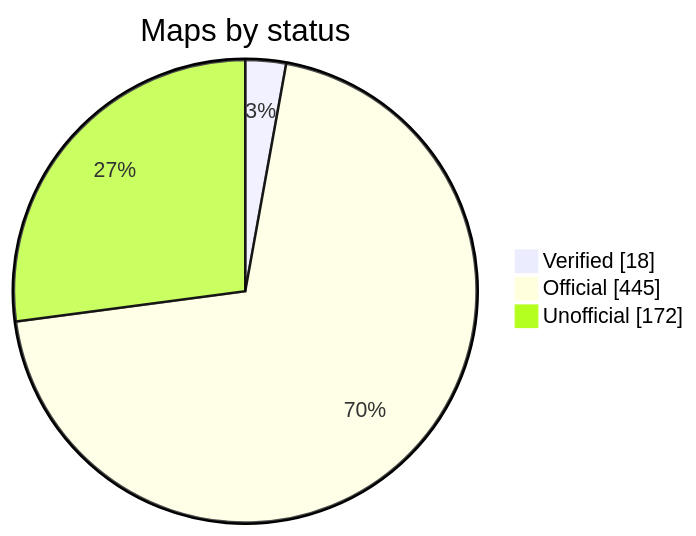
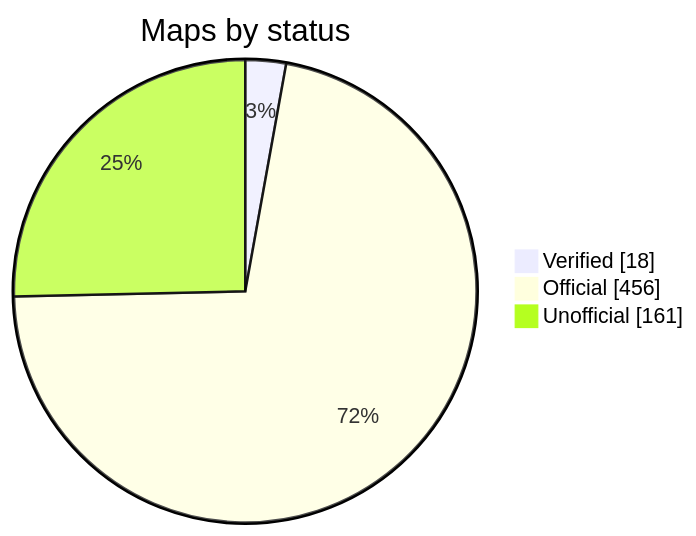
The diagram in README.md (nobrega8/mbmap-library), drawn with Mermaid before and after one commit. The commit also changed 16 other files, not shown here.

````diff
--- a/README.md
+++ b/README.md
@@ -52,7 +52,7 @@
 ```mermaid
 pie showData
     title Maps by status
     "Verified" : 18
-    "Official" : 445
-    "Unofficial" : 172
+    "Official" : 456
+    "Unofficial" : 161
 ```
````
